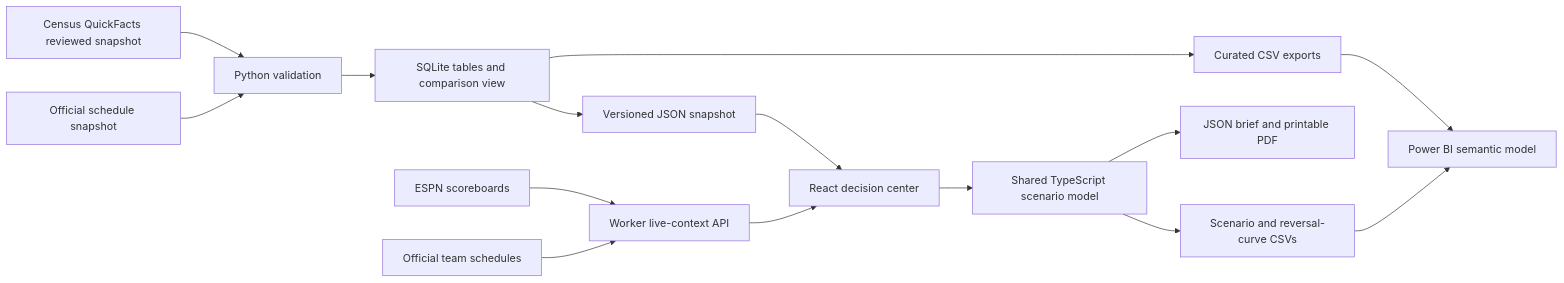
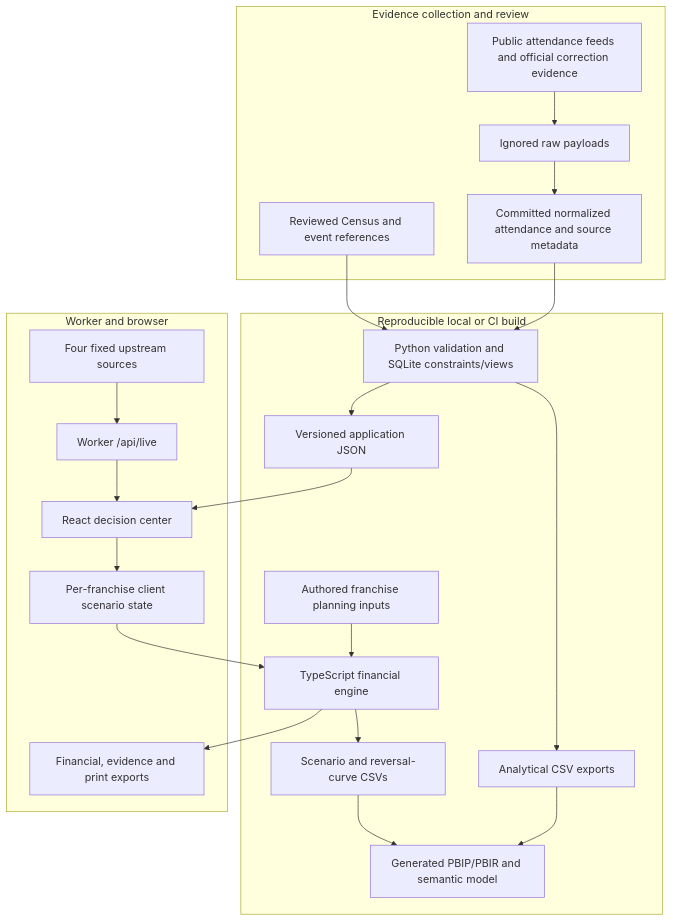
The diagram in docs/ARCHITECTURE.md (tejakusireddy/nola-pulse), drawn with Mermaid before and after one commit. The commit also changed other lines of this file and 1 other file, not shown here.

Commit message:
Document product architecture, engineering tradeoffs and verification boundaries

````diff
--- a/docs/ARCHITECTURE.md
+++ b/docs/ARCHITECTURE.md
@@ -3,17 +9,39 @@
 ```mermaid
-flowchart LR
-  C[Census QuickFacts reviewed snapshot] --> P[Python validation]
-  N[Official schedule snapshot] --> P
-  P --> S[SQLite tables and comparison view]
-  S --> J[Versioned JSON snapshot]
-  S --> CSV[Curated CSV exports]
-  J --> UI[React decision center]
-  E[ESPN scoreboards] --> API[Worker live-context API]
-  T[Official team schedules] --> API
-  API --> UI
-  UI --> M[Shared TypeScript scenario model]
-  M --> B[JSON brief and printable PDF]
-  M --> SC[Scenario and reversal-curve CSVs]
-  CSV --> BI[Power BI semantic model]
-  SC --> BI
+flowchart TD
+    subgraph Review[Evidence collection and review]
+        PUBLIC[Public attendance feeds and official correction evidence]
+        CENSUS[Reviewed Census and event references]
+        RAW[Ignored raw payloads]
+        ROWS[Committed normalized attendance and source metadata]
+        PUBLIC --> RAW
+        RAW --> ROWS
+    end
+    subgraph Build[Reproducible local or CI build]
+        SQL[Python validation and SQLite constraints/views]
+        JSON[Versioned application JSON]
+        CSV[Analytical CSV exports]
+        CENSUS --> SQL
+        ROWS --> SQL
+        SQL --> JSON
+        SQL --> CSV
+        PLANS[Authored franchise planning inputs]
+        ENGINE[TypeScript financial engine]
+        PLANS --> ENGINE
+        ENGINE --> SC[Scenario and reversal-curve CSVs]
+        SC --> REPORT[Generated PBIP/PBIR and semantic model]
+        CSV --> REPORT
+    end
+    subgraph Runtime[Worker and browser]
+        FIXED[Four fixed upstream sources]
+        API[Worker /api/live]
+        UI[React decision center]
+        CLIENT[Per-franchise client scenario state]
+        BRIEF[Financial, evidence and print exports]
+        FIXED --> API
+        API --> UI
+        JSON --> UI
+        UI --> CLIENT
+        CLIENT --> ENGINE
+        ENGINE --> BRIEF
+    end
 ```
````
